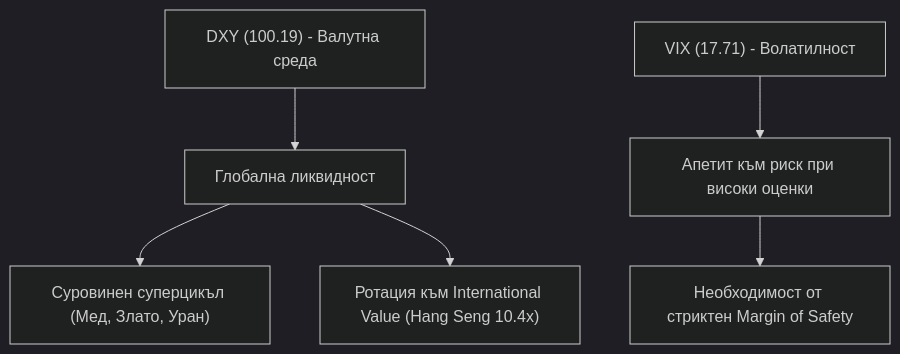
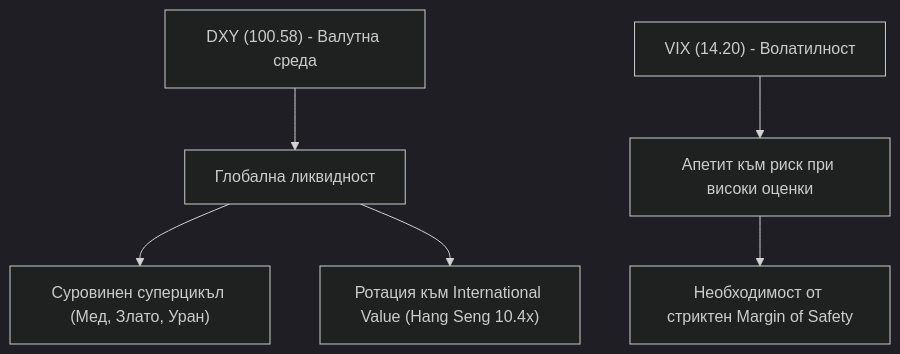
The diagram in research/MACRO_AND_INDICES_MEMO.md (TodorIPetrov/larsson-scanner), drawn with Mermaid (dark theme) before and after one commit. The commit also changed other lines of this file and 285 other files, not shown here.

````diff
--- a/research/MACRO_AND_INDICES_MEMO.md
+++ b/research/MACRO_AND_INDICES_MEMO.md
@@ -29,8 +29,8 @@
 ```mermaid
 graph TD
-    A["DXY (100.19) - Валутна среда"] --> B["Глобална ликвидност"]
+    A["DXY (100.58) - Валутна среда"] --> B["Глобална ликвидност"]
     B --> C["Суровинен суперцикъл (Мед, Злато, Уран)"]
     B --> D["Ротация към International Value (Hang Seng 10.4x)"]
-    E["VIX (17.71) - Волатилност"] --> F["Апетит към риск при високи оценки"]
+    E["VIX (14.20) - Волатилност"] --> F["Апетит към риск при високи оценки"]
     F --> G["Необходимост от стриктен Margin of Safety"]
 ```
````
